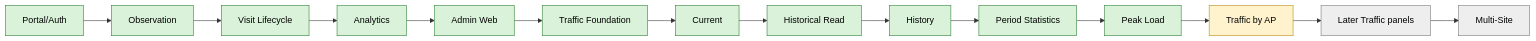
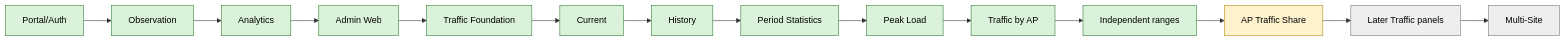
One commit to ZaurNavi/CaptivePortal changed diagram 16 of 18 in README.md. Above: the diagram before and after it, drawn with Mermaid. The commit also changed other lines of this file and 11 other files, not shown here.

Commit message:
docs: reconcile TRAFFIC-05 and independent ranges production state

````diff
--- a/README.md
+++ b/README.md
@@ -799,20 +794,20 @@
 ```mermaid
 flowchart LR
     P[Portal/Auth]:::done --> O[Observation]:::done
-    O --> V[Visit Lifecycle]:::done
-    V --> A[Analytics]:::done
+    O --> A[Analytics]:::done
     A --> W[Admin Web]:::done
     W --> T0[Traffic Foundation]:::done
     T0 --> T1[Current]:::done
-    T1 --> T2R[Historical Read]:::done
-    T2R --> T2[History]:::done
+    T1 --> T2[History]:::done
     T2 --> T3[Period Statistics]:::done
     T3 --> T4[Peak Load]:::done
-    T4 --> T5[Traffic by AP]:::next
-    T5 --> TP[Later Traffic panels]:::future
+    T4 --> T5[Traffic by AP]:::done
+    T5 --> R[Independent ranges]:::done
+    R --> T6[AP Traffic Share]:::next
+    T6 --> TP[Later Traffic panels]:::future
     TP --> MS[Multi-Site]:::future
 
     classDef done fill:#d9f2d9,stroke:#2e7d32,color:#000;
     classDef next fill:#fff3cd,stroke:#b8860b,color:#000;
     classDef future fill:#eeeeee,stroke:#777,color:#000;
 ```
````
